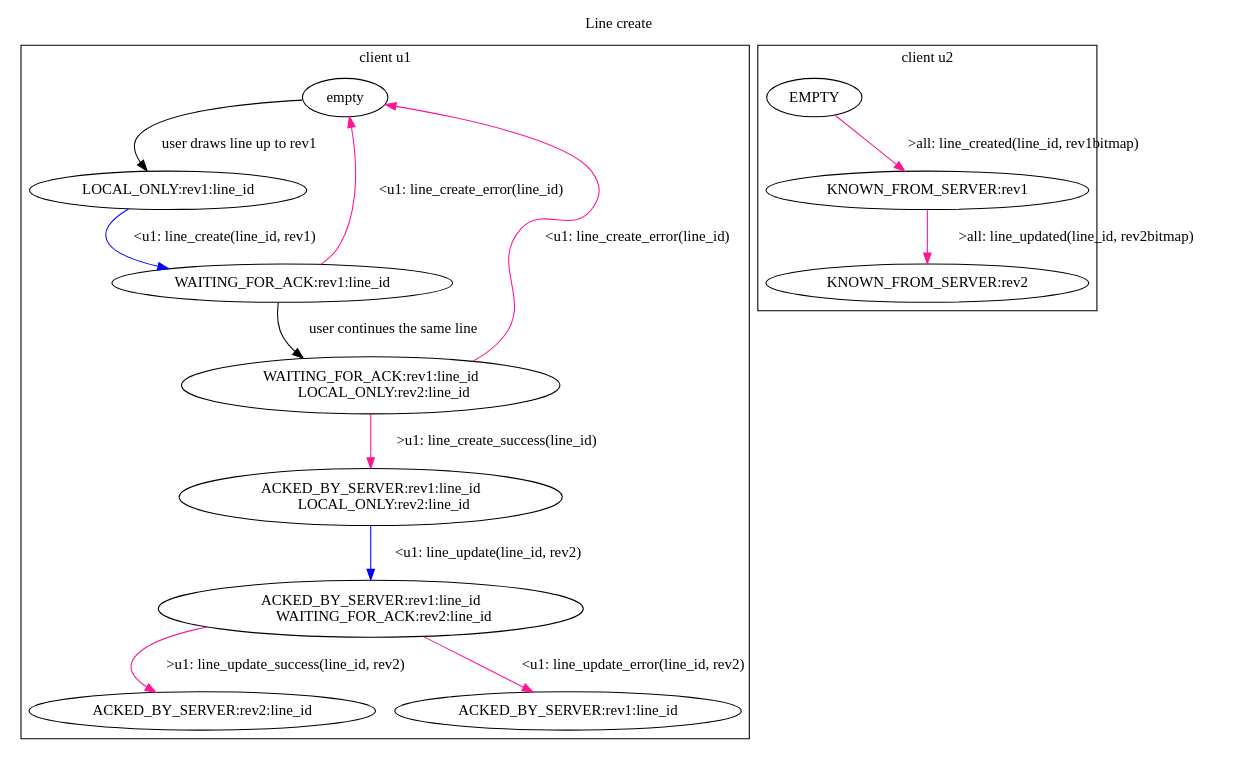
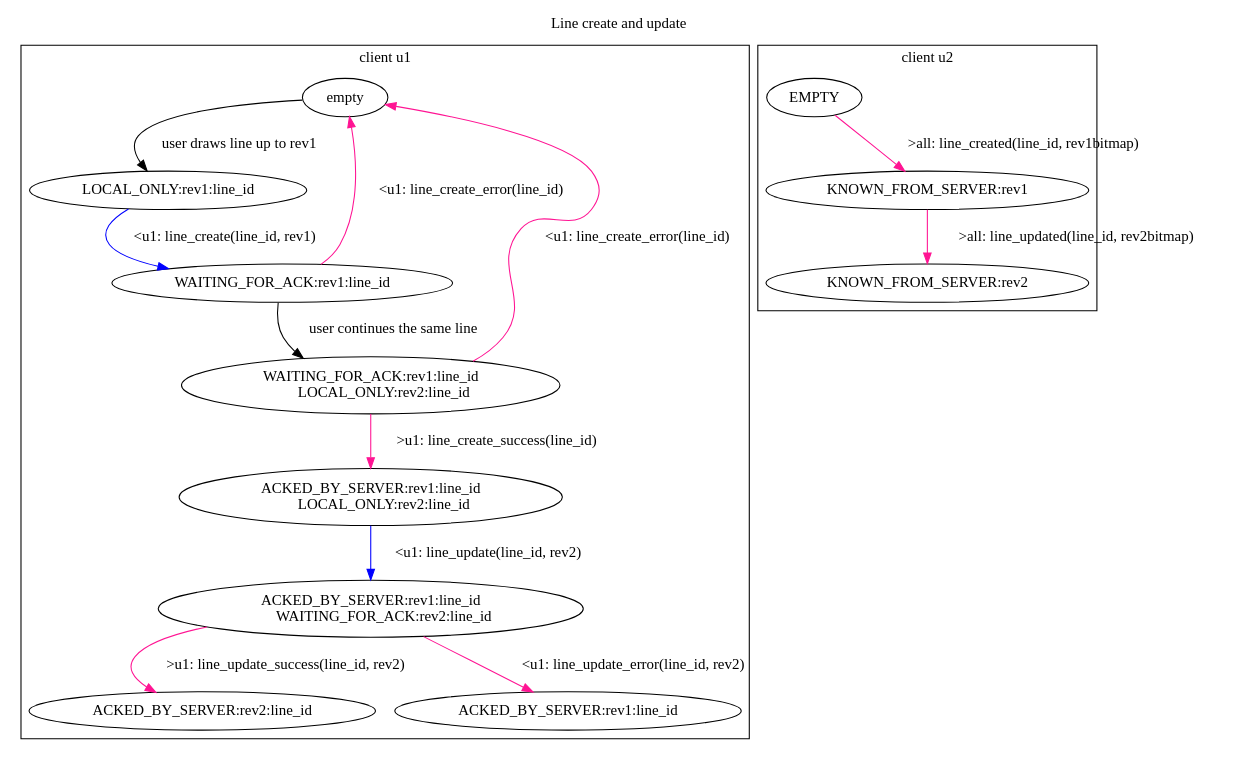
One commit to wgslr/trunkless-whiteboard changed the diagram in graphs/line-create/create-and-edit.dot. Above: the diagram before and after it, drawn with Graphviz. The commit also changed 2 other files, not shown here.

Commit message:
Add client lifecycle diagrams

```diff
--- a/graphs/line-create/create-and-edit.dot
+++ b/graphs/line-create/create-and-edit.dot
@@ -1,66 +1,66 @@
 # deeppink = message from server
 # blue = message to server
 
 Digraph G {
   labelloc="t";
-  label="Line create";
+  label="Line create and update";
 
   subgraph cluster_u1 {
     label="client u1"
     
     empty
     -> "LOCAL_ONLY:rev1:line_id"
     [label = "user draws line up to rev1"]
     
     "LOCAL_ONLY:rev1:line_id"
     -> "WAITING_FOR_ACK:rev1:line_id"
     [label = "<u1: line_create(line_id, rev1)" color=blue]
 
     "WAITING_FOR_ACK:rev1:line_id"
     -> "WAITING_FOR_ACK:rev1:line_id 
         LOCAL_ONLY:rev2:line_id"
     [label="user continues the same line"]
 
     "WAITING_FOR_ACK:rev1:line_id 
         LOCAL_ONLY:rev2:line_id"
     -> "ACKED_BY_SERVER:rev1:line_id 
         LOCAL_ONLY:rev2:line_id"
           [label=">u1: line_create_success(line_id)" color=deeppink]
 
 
     "ACKED_BY_SERVER:rev1:line_id 
         LOCAL_ONLY:rev2:line_id"
     -> "ACKED_BY_SERVER:rev1:line_id
         WAITING_FOR_ACK:rev2:line_id"
     [label="<u1: line_update(line_id, rev2)" color=blue]
 
     "ACKED_BY_SERVER:rev1:line_id
         WAITING_FOR_ACK:rev2:line_id"
     -> "ACKED_BY_SERVER:rev2:line_id"
     [label=">u1: line_update_success(line_id, rev2)" color=deeppink]  // here either rev2 bitmap or some revision / message id
 
 
     // error cases
     "WAITING_FOR_ACK:rev1:line_id" -> empty [label = "<u1: line_create_error(line_id)", color=deeppink]
 
     "WAITING_FOR_ACK:rev1:line_id 
         LOCAL_ONLY:rev2:line_id" -> empty [label = "<u1: line_create_error(line_id)", color=deeppink]
 
     "ACKED_BY_SERVER:rev1:line_id
         WAITING_FOR_ACK:rev2:line_id"
     -> "ACKED_BY_SERVER:rev1:line_id"
     [label="<u1: line_update_error(line_id, rev2)" color=deeppink]
 
   }
 
   subgraph cluster_u2 {
     label = "client u2"
 
     "EMPTY" -> "KNOWN_FROM_SERVER:rev1"
     [label = ">all: line_created(line_id, rev1bitmap)" color=deeppink]
 
     "KNOWN_FROM_SERVER:rev1" -> "KNOWN_FROM_SERVER:rev2"
     [label = ">all: line_updated(line_id, rev2bitmap)" color=deeppink]
 
   }
 }
```
